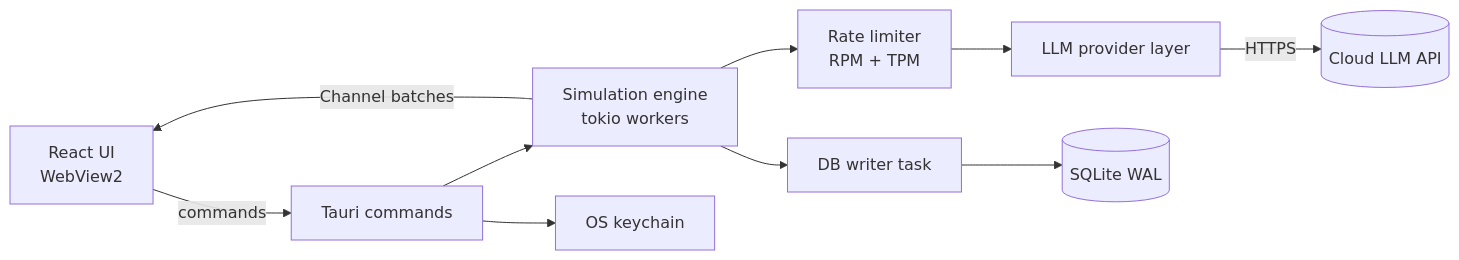
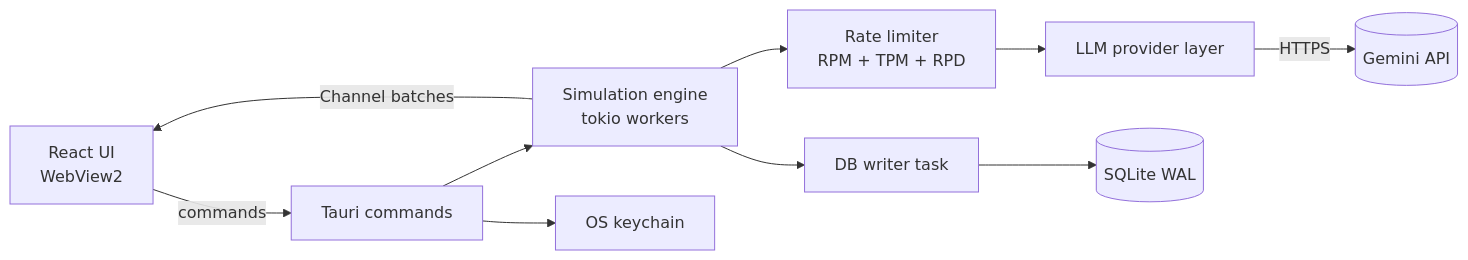
The first of 2 diagrams in docs/SPEC.md (Hostileoracle0606/Synthetic-Survey-Respondents-), drawn with Mermaid before and after one commit. The commit also changed other lines of this file and 2 other files, not shown here.

First line of the commit message:
Apply decisions: Gemini-only LLM, split memory budget, fidelity benchmark, VM release tests

````diff
--- a/docs/SPEC.md
+++ b/docs/SPEC.md
@@ -36,12 +38,12 @@
 ```mermaid
 flowchart LR
   UI[React UI<br/>WebView2] -- commands --> CMD[Tauri commands]
   CMD --> ENG[Simulation engine<br/>tokio workers]
-  ENG --> LIM[Rate limiter<br/>RPM + TPM]
+  ENG --> LIM[Rate limiter<br/>RPM + TPM + RPD]
   LIM --> LLM[LLM provider layer]
-  LLM -- HTTPS --> API[(Cloud LLM API)]
+  LLM -- HTTPS --> API[(Gemini API)]
   ENG --> W[DB writer task]
   W --> DB[(SQLite WAL)]
   ENG -- Channel batches --> UI
   CMD --> KEY[OS keychain]
 ```
````
